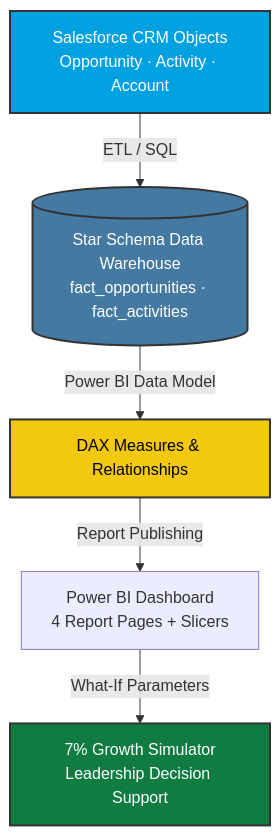
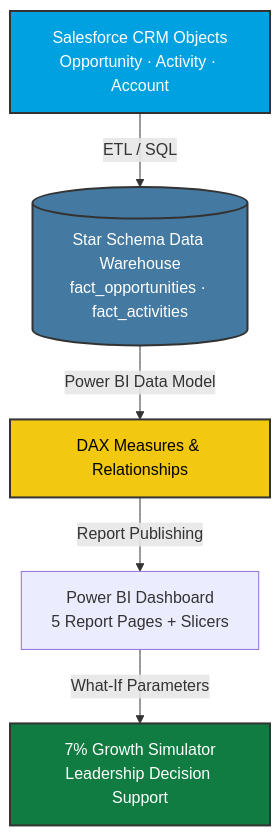
The diagram in README.md (AItools-guru/sales-performance-portfolio), drawn with Mermaid before and after one commit. The commit also changed other lines of this file and 1 other file, not shown here.

````diff
--- a/README.md
+++ b/README.md
@@ -102,12 +128,12 @@
 ```mermaid
 graph TD
     A[Salesforce CRM Objects<br/>Opportunity · Activity · Account] -->|ETL / SQL| B[(Star Schema Data Warehouse<br/>fact_opportunities · fact_activities)]
     B -->|Power BI Data Model| C[DAX Measures & Relationships]
-    C -->|Report Publishing| D[Power BI Dashboard<br/>4 Report Pages + Slicers]
+    C -->|Report Publishing| D[Power BI Dashboard<br/>5 Report Pages + Slicers]
     D -->|What-If Parameters| E[7% Growth Simulator<br/>Leadership Decision Support]
     
     style A fill:#00A1E0,stroke:#333,stroke-width:2px,color:white
     style B fill:#4479A1,stroke:#333,stroke-width:2px,color:white
     style C fill:#F2C811,stroke:#333,stroke-width:2px,color:black
     style E fill:#107C41,stroke:#333,stroke-width:2px,color:white
 ```
````
